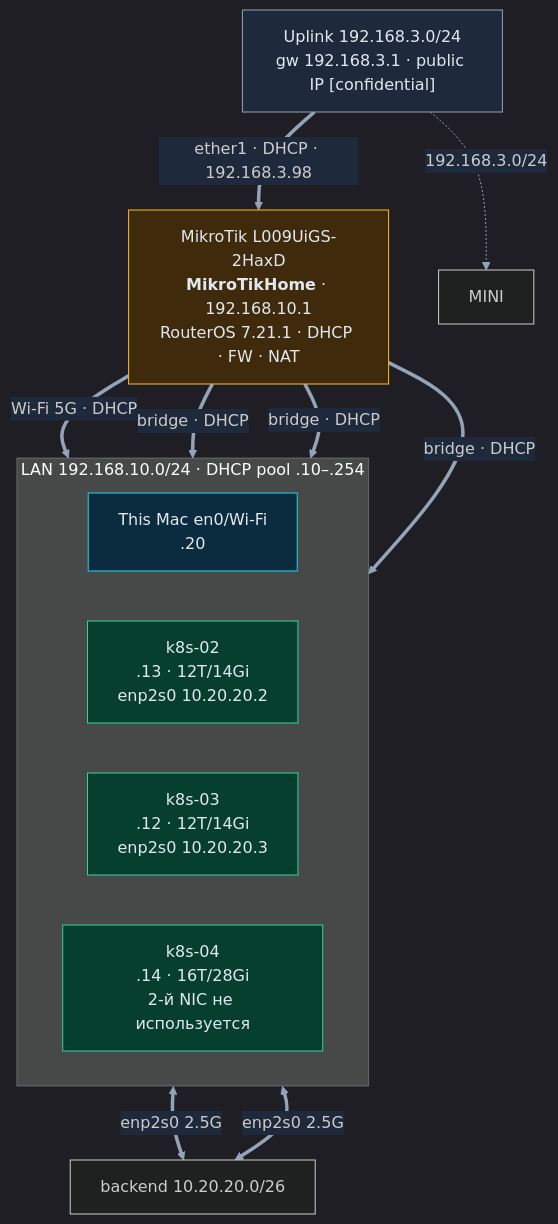
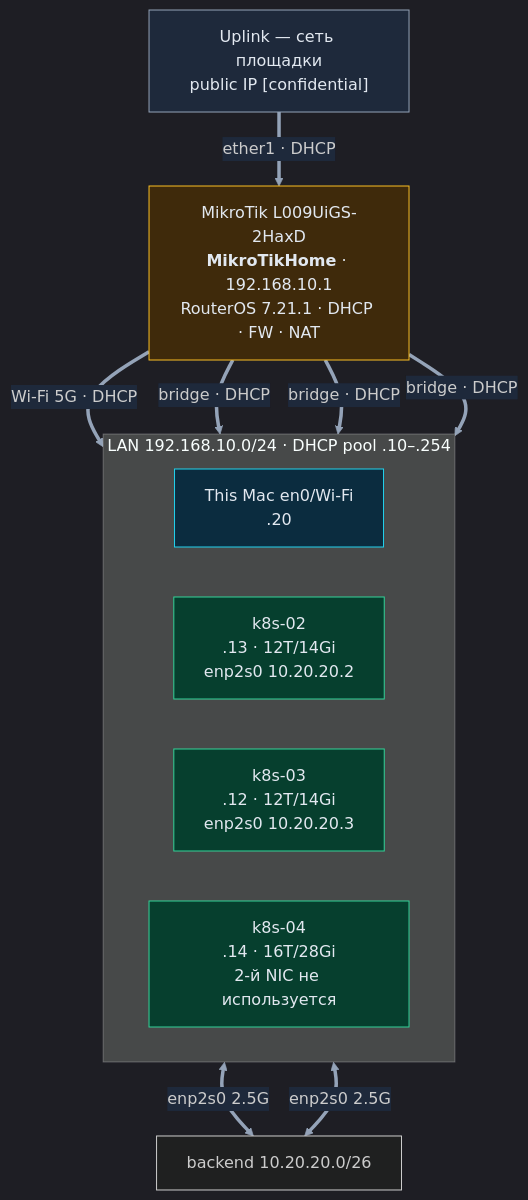
The diagram in network-map-detail.md (msklv/demo-ai-lab), drawn with Mermaid before and after one commit. The commit also changed other lines of this file and 3 other files, not shown here.

````diff
--- a/network-map-detail.md
+++ b/network-map-detail.md
@@ -7,31 +7,30 @@
 ```mermaid
 %%{init: {"theme": "dark", "themeVariables": {"fontFamily": "ui-monospace, monospace", "edgeLabelBackground": "#1e293b", "primaryTextColor": "#e2e8f0", "lineColor": "#94a3b8"}}}%%
 graph TD
 
-    UP["Uplink 192.168.3.0/24<br/>gw 192.168.3.1 · public IP [confidential]"]:::ext
+    UP["Uplink — сеть площадки<br/>public IP [confidential]"]:::ext
 
     RT["MikroTik L009UiGS-2HaxD<br/><b>MikroTikHome</b> · 192.168.10.1<br/>RouterOS 7.21.1 · DHCP · FW · NAT"]:::net
 
     subgraph LAN["LAN 192.168.10.0/24 · DHCP pool .10–.254"]
         direction LR
         MAC["This Mac en0/Wi-Fi<br/>.20"]:::mac
         K2["k8s-02<br/>.13 · 12T/14Gi<br/>enp2s0 10.20.20.2"]:::linux
         K3["k8s-03<br/>.12 · 12T/14Gi<br/>enp2s0 10.20.20.3"]:::linux
         K4["k8s-04<br/>.14 · 16T/28Gi<br/>2-й NIC не используется"]:::linux
     end
 
     K2 <==>|"enp2s0 2.5G"| BE["backend 10.20.20.0/26"]
     K3 <==>|"enp2s0 2.5G"| BE
 
-    UP ==>|"ether1 · DHCP · 192.168.3.98"| RT
-    UP -.->|"192.168.3.0/24"| MINI
+    UP ==>|"ether1 · DHCP"| RT
     RT ==>|"Wi-Fi 5G · DHCP"| MAC
     RT ==>|"bridge · DHCP"| K2
     RT ==>|"bridge · DHCP"| K3
     RT ==>|"bridge · DHCP"| K4
 
     classDef mac fill:#0b2c3f,stroke:#22d3ee,color:#e2e8f0;
     classDef linux fill:#063f2e,stroke:#34d399,color:#e2e8f0;
     classDef net fill:#3f2a0b,stroke:#fbbf24,color:#e2e8f0;
     classDef ext fill:#1e293b,stroke:#94a3b8,color:#e2e8f0;
 ```
````
